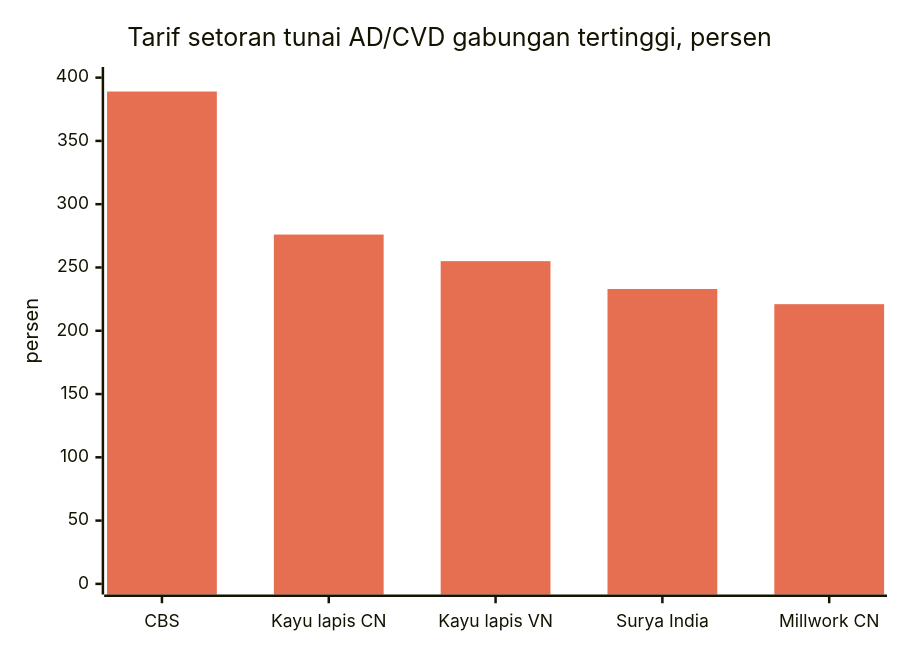
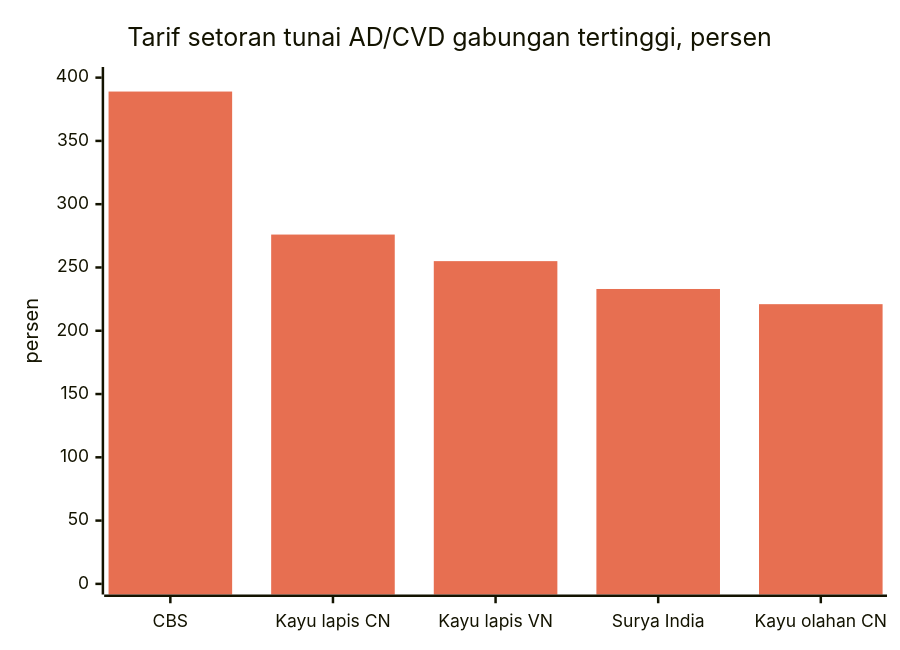
One commit to dureach/research changed the second of 15 diagrams in Global-Trade-Intelligence-weekly-2026-11-23/index.id.md. Above: the diagram before and after it, drawn with Mermaid. The commit also changed other lines of this file and 5 other files, not shown here.

````diff
--- a/Global-Trade-Intelligence-weekly-2026-11-23/index.id.md
+++ b/Global-Trade-Intelligence-weekly-2026-11-23/index.id.md
@@ -226,8 +226,8 @@
 ```mermaid
 %%{init: {'theme': 'base', 'themeVariables': {'xyChart': {'plotColorPalette': '#e76f51'}}}}%%
 xychart-beta
     title "Tarif setoran tunai AD/CVD gabungan tertinggi, persen"
-    x-axis ["CBS", "Kayu lapis CN", "Kayu lapis VN", "Surya India", "Millwork CN"]
+    x-axis ["CBS", "Kayu lapis CN", "Kayu lapis VN", "Surya India", "Kayu olahan CN"]
     y-axis "persen" 0 --> 400
     bar [389, 276, 255, 233, 221]
 ```
````
